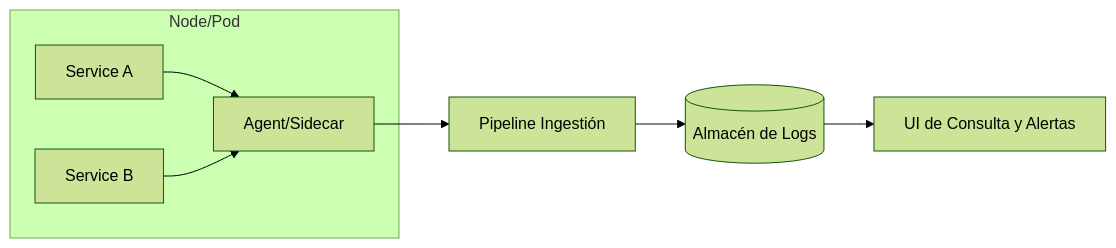
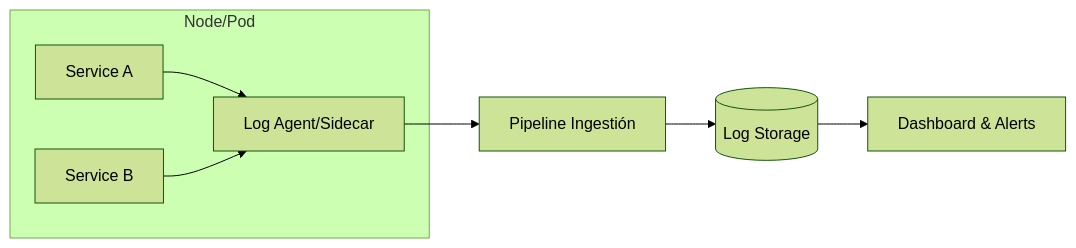
One commit to sdmorenob/swarch-2025-ii changed the second of 5 diagrams in laboratories/laboratory_4/jtorresle-kgonzalezg-jacarrilloc/README.md. Above: the diagram before and after it, drawn with Mermaid (forest theme). The commit also changed other lines of this file, not shown here.

````diff
--- a/laboratories/laboratory_4/jtorresle-kgonzalezg-jacarrilloc/README.md
+++ b/laboratories/laboratory_4/jtorresle-kgonzalezg-jacarrilloc/README.md
@@ -95,10 +80,10 @@
 ```mermaid
 flowchart LR
   subgraph Node/Pod
-    App1[Service A]-->Agent1[Agent/Sidecar]
+    App1[Service A]-->Agent1[Log Agent/Sidecar]
     App2[Service B]-->Agent1
   end
   Agent1 --> Ingest[Pipeline Ingestión]
-  Ingest --> Store[(Almacén de Logs)]
-  Store --> Query[UI de Consulta y Alertas]
+  Ingest --> Store[(Log Storage)]
+  Store --> Query[Dashboard & Alerts]
 ```
````
